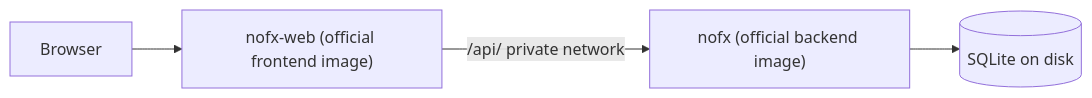
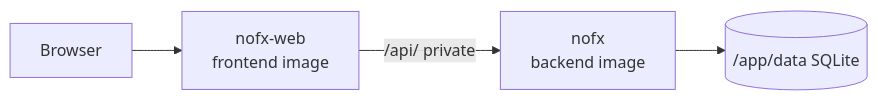
The diagram in README.md (render-examples/nofx-render-template), drawn with Mermaid before and after one commit. The commit also changed other lines of this file and 691 other files, not shown here.

````diff
--- a/README.md
+++ b/README.md
@@ -47,6 +44,6 @@
 ```mermaid
 flowchart LR
-  user["Browser"] --> web["nofx-web (official frontend image)"]
-  web -->|"/api/ private network"| api["nofx (official backend image)"]
-  api --> db[("SQLite on disk")]
+  browser["Browser"] --> web["nofx-web<br/>frontend image"]
+  web -->|"/api/ private"| api["nofx<br/>backend image"]
+  api --> disk[("/app/data SQLite")]
 ```
````
